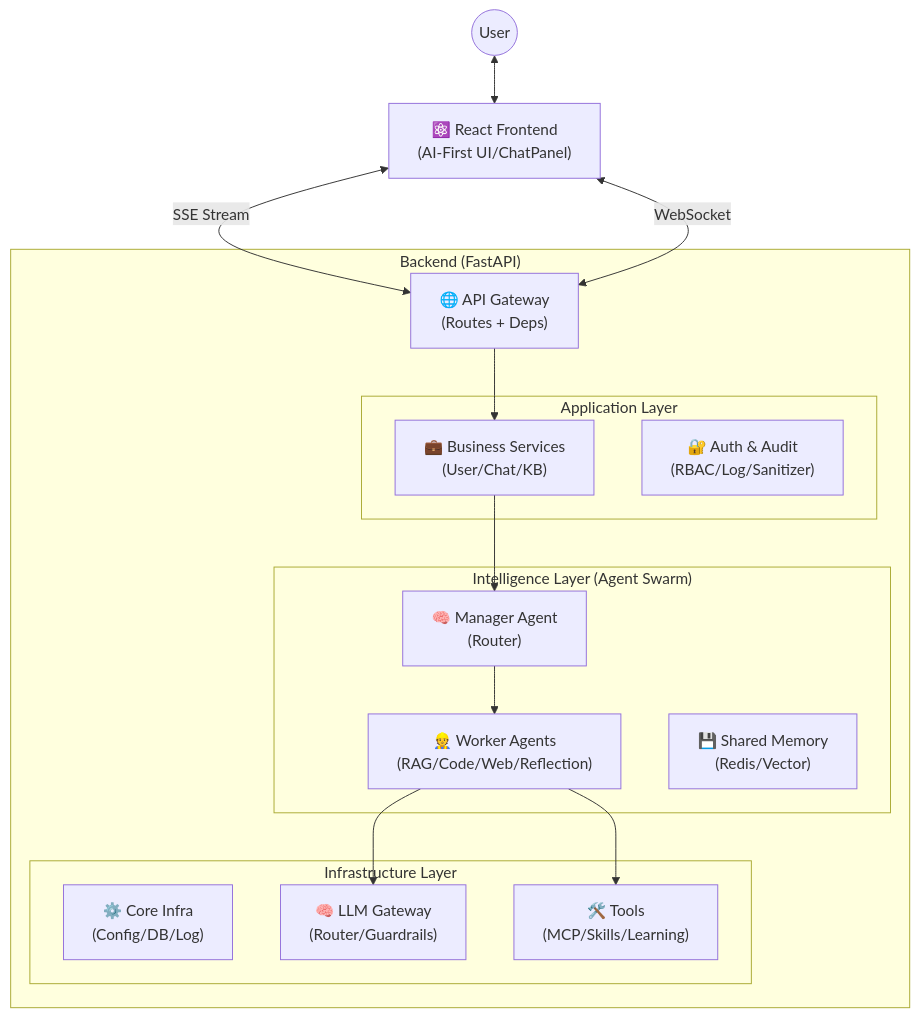
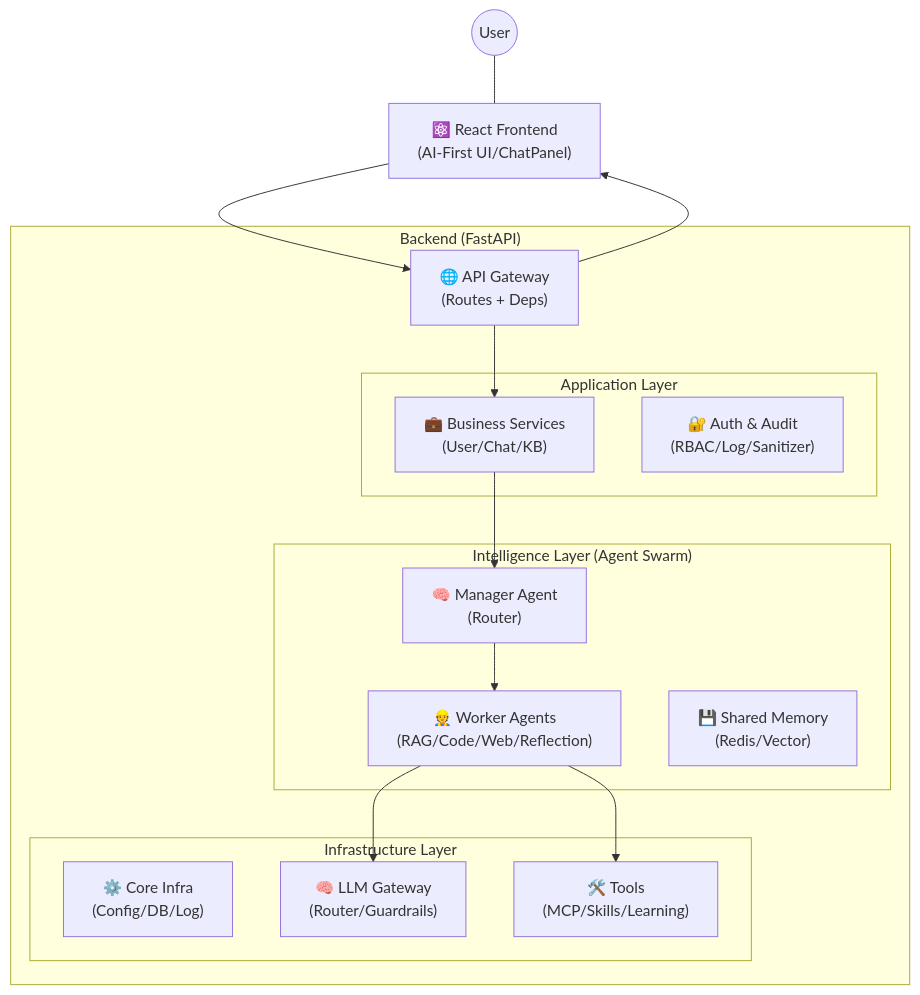
Before and after one commit to zxl85813-web/HiveMind_RAG: the first of 2 diagrams in backend/README.md, drawn with Mermaid. The commit also changed 5 other files, not shown here.

Commit message:
fix(docs): harden mermaid syntax; feat(mcp): integrate D365 and 17track (securely)

````diff
--- a/backend/README.md
+++ b/backend/README.md
@@ -13,33 +13,35 @@
 ```mermaid
 graph TD
-    User((User)) <--> Frontend["⚛️ React Frontend<br>(AI-First UI/ChatPanel)"]
+    User((User))
+    Frontend["⚛️ React Frontend\n(AI-First UI/ChatPanel)"]
+    User --- Frontend
     
     subgraph "Backend (FastAPI)"
-        API["🌐 API Gateway<br>(Routes + Deps)"]
+        API["🌐 API Gateway\n(Routes + Deps)"]
         
         subgraph "Application Layer"
-            Service["💼 Business Services<br>(User/Chat/KB)"]
-            Auth["🔐 Auth & Audit<br>(RBAC/Log/Sanitizer)"]
+            Service["💼 Business Services\n(User/Chat/KB)"]
+            Auth["🔐 Auth & Audit\n(RBAC/Log/Sanitizer)"]
         end
         
         subgraph "Intelligence Layer (Agent Swarm)"
-            Supervisor["🧠 Manager Agent<br>(Router)"]
-            Workers["👷 Worker Agents<br>(RAG/Code/Web/Reflection)"]
-            Memory["💾 Shared Memory<br>(Redis/Vector)"]
+            Supervisor["🧠 Manager Agent\n(Router)"]
+            Workers["👷 Worker Agents\n(RAG/Code/Web/Reflection)"]
+            Memory["💾 Shared Memory\n(Redis/Vector)"]
         end
         
         subgraph "Infrastructure Layer"
-            Core["⚙️ Core Infra<br>(Config/DB/Log)"]
-            LLM["🧠 LLM Gateway<br>(Router/Guardrails)"]
-            Tools["🛠️ Tools<br>(MCP/Skills/Learning)"]
+            Core["⚙️ Core Infra\n(Config/DB/Log)"]
+            LLM["🧠 LLM Gateway\n(Router/Guardrails)"]
+            Tools["🛠️ Tools\n(MCP/Skills/Learning)"]
         end
     end
 
-    Frontend <-->|"SSE Stream"| API
-    Frontend <-->|"WebSocket"| API
+    Frontend --> API
+    API --> Frontend
     API --> Service
     Service --> Supervisor
     Supervisor --> Workers
     Workers --> Tools
     Workers --> LLM
 ```
````
